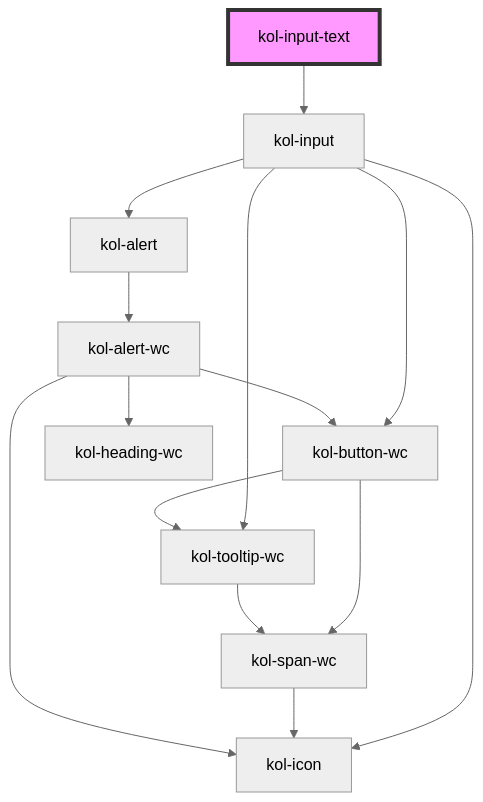
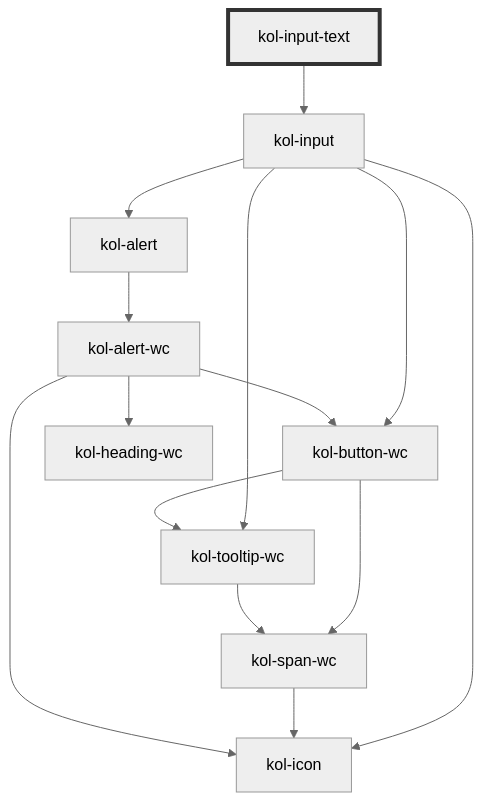
The diagram in packages/components/src/components/input-text/readme.md (public-ui/kolibri), drawn with Mermaid (neutral theme) before and after one commit. The commit also changed 40 other files, not shown here.

````diff
--- a/packages/components/src/components/input-text/readme.md
+++ b/packages/components/src/components/input-text/readme.md
@@ -109,17 +109,17 @@
 ```mermaid
 graph TD;
   kol-input-text --> kol-input
   kol-input --> kol-icon
   kol-input --> kol-button-wc
   kol-input --> kol-tooltip-wc
   kol-input --> kol-alert
   kol-button-wc --> kol-span-wc
   kol-button-wc --> kol-tooltip-wc
   kol-span-wc --> kol-icon
   kol-tooltip-wc --> kol-span-wc
   kol-alert --> kol-alert-wc
   kol-alert-wc --> kol-heading-wc
   kol-alert-wc --> kol-button-wc
   kol-alert-wc --> kol-icon
-  style kol-input-text fill:#f9f,stroke:#333,stroke-width:4px
+  style kol-input-text stroke:#333,stroke-width:4px
 ```
````
